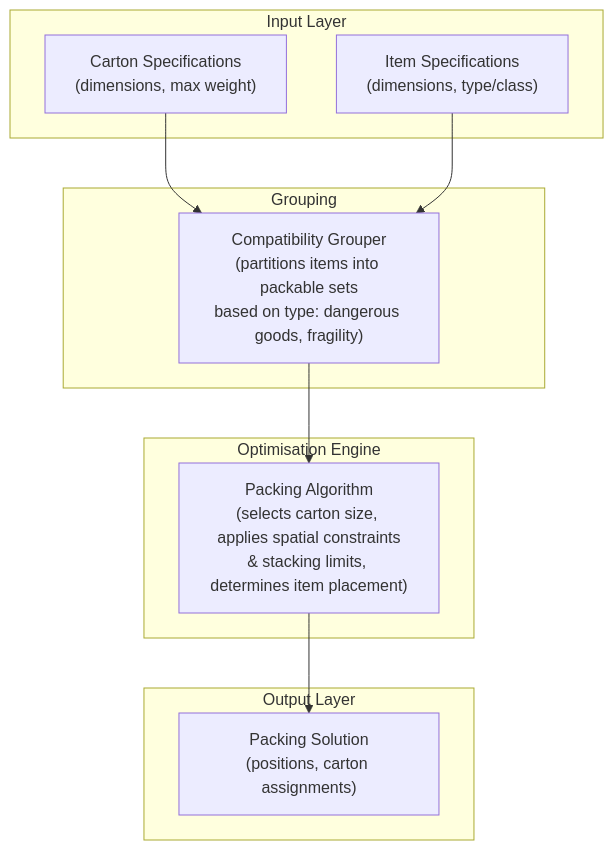
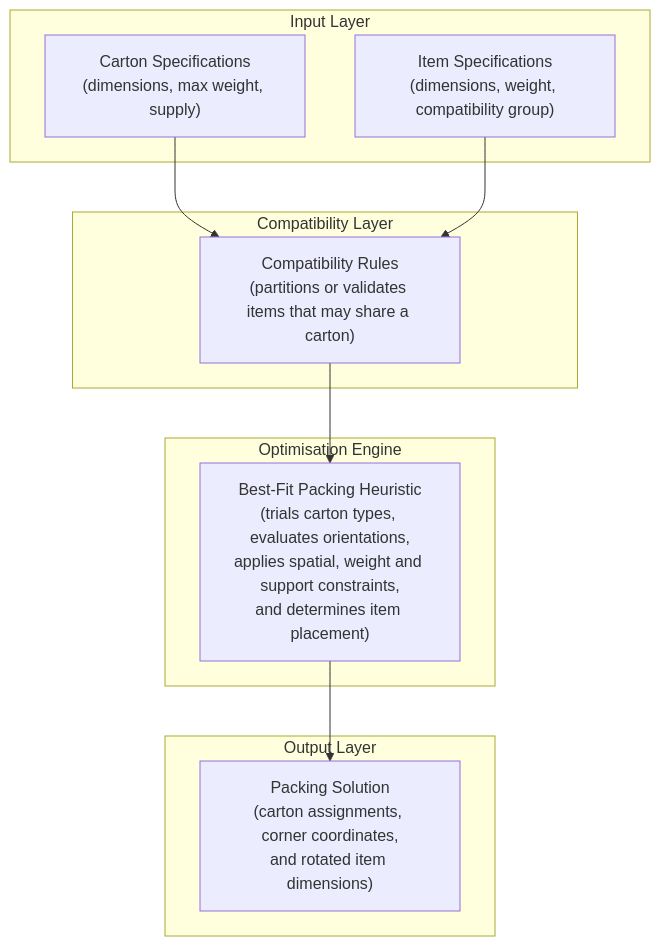
Before and after one commit to LTSmq/comp4050-epic-team: the diagram in solver/docs/solver_architecture.md, drawn with Mermaid. The commit also changed 10 other files, not shown here.

````diff
--- a/solver/docs/solver_architecture.md
+++ b/solver/docs/solver_architecture.md
@@ -1,24 +1,24 @@
 ```mermaid
 graph TD
     subgraph INPUT["Input Layer"]
-        A["Carton Specifications\n(dimensions, max weight)"]
-        B["Item Specifications\n(dimensions, type/class)"]
+        A["Carton Specifications\n(dimensions, max weight, supply)"]
+        B["Item Specifications\n(dimensions, weight, compatibility group)"]
     end
 
-    subgraph GROUPING["Grouping"]
-        C["Compatibility Grouper\n(partitions items into packable sets\nbased on type: dangerous goods, fragility)"]
+    subgraph COMPATIBILITY["Compatibility Layer"]
+        C["Compatibility Rules\n(partitions or validates items that may share a carton)"]
     end
 
     subgraph PACKING["Optimisation Engine"]
-        D["Packing Algorithm\n(selects carton size, applies spatial constraints\n& stacking limits, determines item placement)"]
+        D["Best-Fit Packing Heuristic\n(trials carton types, evaluates orientations,\napplies spatial, weight and support constraints,\nand determines item placement)"]
     end
 
     subgraph OUTPUT["Output Layer"]
-        E["Packing Solution\n(positions, carton assignments)"]
+        E["Packing Solution\n(carton assignments, corner coordinates,\nand rotated item dimensions)"]
     end
 
     A --> C
     B --> C
     C --> D
     D --> E
 ```
````
